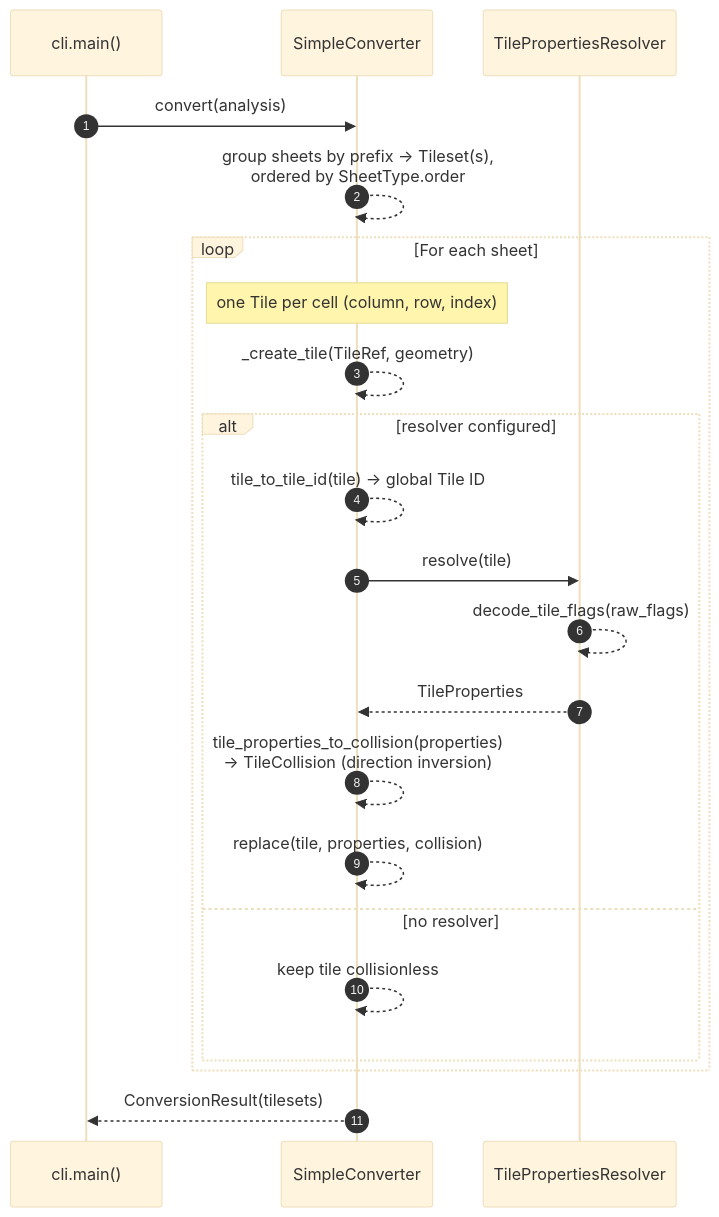
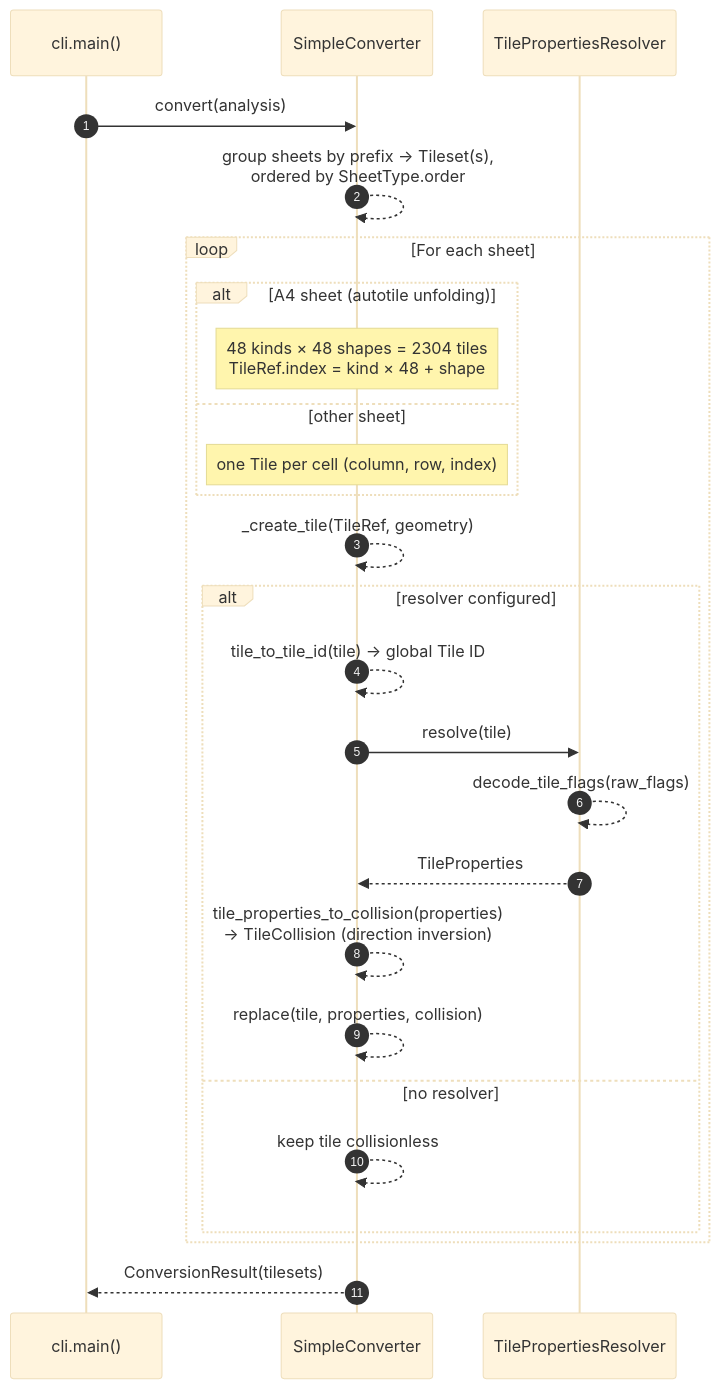
One commit to ultra-sonic-28/rpgmaker2godot changed the third of 4 diagrams in README.md. Above: the diagram before and after it, drawn with Mermaid (base theme). The commit also changed other lines of this file, not shown here.

````diff
--- a/README.md
+++ b/README.md
@@ -255,25 +261,29 @@
 ```mermaid
 sequenceDiagram
     autonumber
     participant CLI as cli.main()
     participant C as SimpleConverter
     participant R as TilePropertiesResolver
 
     CLI->>C: convert(analysis)
     C-->>C: group sheets by prefix → Tileset(s),<br/>ordered by SheetType.order
     loop For each sheet
-        Note over C: one Tile per cell (column, row, index)
+        alt A4 sheet (autotile unfolding)
+            Note over C: 48 kinds × 48 shapes = 2304 tiles<br/>TileRef.index = kind × 48 + shape
+        else other sheet
+            Note over C: one Tile per cell (column, row, index)
+        end
         C-->>C: _create_tile(TileRef, geometry)
         alt resolver configured
             C-->>C: tile_to_tile_id(tile) → global Tile ID
             C->>R: resolve(tile)
             R-->>R: decode_tile_flags(raw_flags)
             R-->>C: TileProperties
             C-->>C: tile_properties_to_collision(properties)<br/>→ TileCollision (direction inversion)
             C-->>C: replace(tile, properties, collision)
         else no resolver
             C-->>C: keep tile collisionless
         end
     end
     C-->>CLI: ConversionResult(tilesets)
 ```
````
